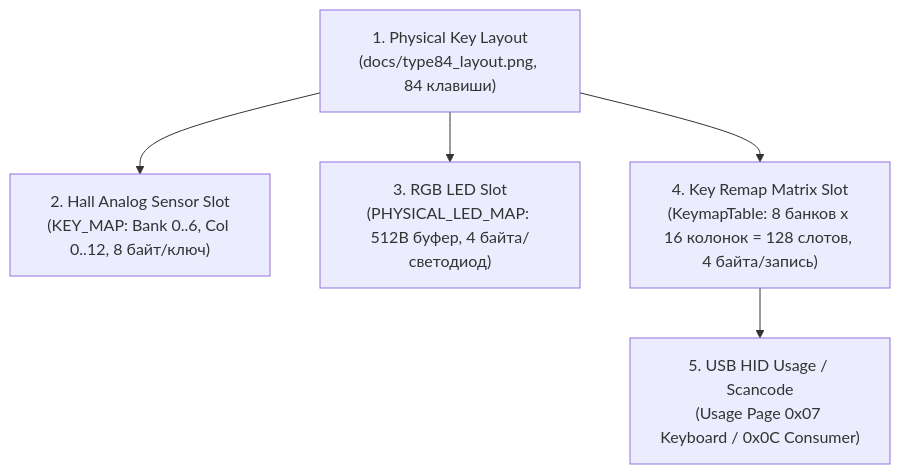
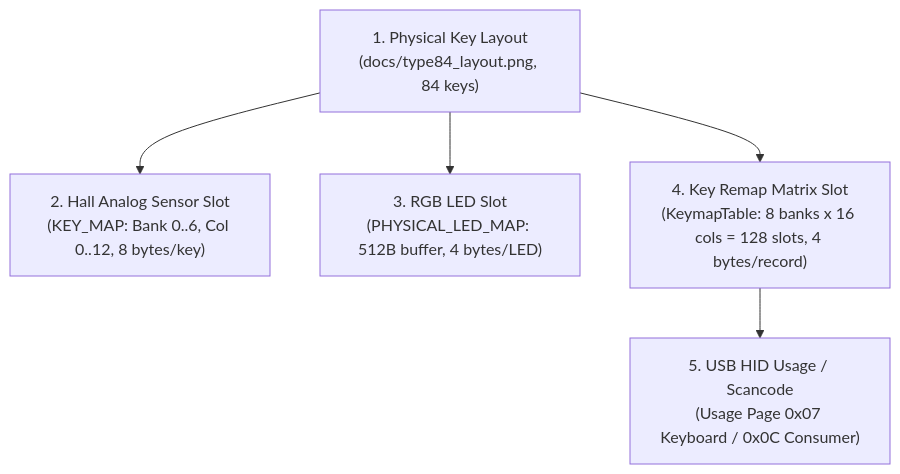
Before and after one commit to chernyhim/type84-configurator: the diagram in docs/KEYMAP_PROTOCOL.md, drawn with Mermaid. The commit also changed other lines of this file and 19 other files, not shown here.

````diff
--- a/docs/KEYMAP_PROTOCOL.md
+++ b/docs/KEYMAP_PROTOCOL.md
@@ -27,7 +27,7 @@
 ```mermaid
 graph TD
-    A["1. Physical Key Layout<br/>(docs/type84_layout.png, 84 клавиши)"] --> B["2. Hall Analog Sensor Slot<br/>(KEY_MAP: Bank 0..6, Col 0..12, 8 байт/ключ)"]
-    A --> C["3. RGB LED Slot<br/>(PHYSICAL_LED_MAP: 512B буфер, 4 байта/светодиод)"]
-    A --> D["4. Key Remap Matrix Slot<br/>(KeymapTable: 8 банков x 16 колонок = 128 слотов, 4 байта/запись)"]
+    A["1. Physical Key Layout<br/>(docs/type84_layout.png, 84 keys)"] --> B["2. Hall Analog Sensor Slot<br/>(KEY_MAP: Bank 0..6, Col 0..12, 8 bytes/key)"]
+    A --> C["3. RGB LED Slot<br/>(PHYSICAL_LED_MAP: 512B buffer, 4 bytes/LED)"]
+    A --> D["4. Key Remap Matrix Slot<br/>(KeymapTable: 8 banks x 16 cols = 128 slots, 4 bytes/record)"]
     D --> E["5. USB HID Usage / Scancode<br/>(Usage Page 0x07 Keyboard / 0x0C Consumer)"]
 ```
````
